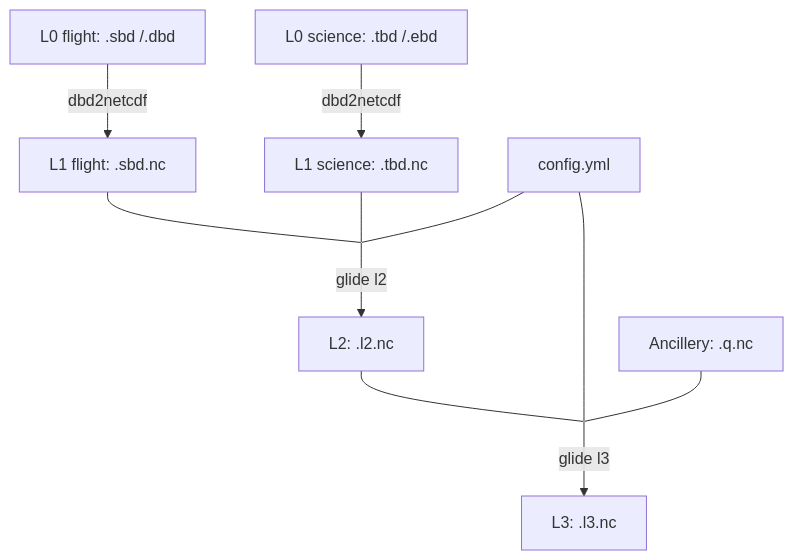
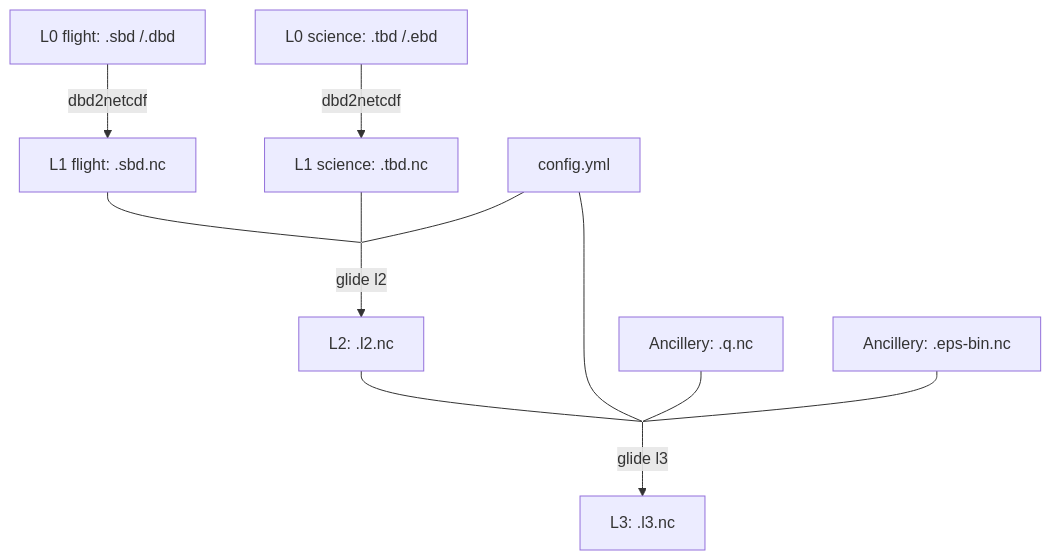
Before and after one commit to OSUGliders/glide: the diagram in README.md, drawn with Mermaid. The commit also changed other lines of this file and 11 other files, not shown here.

````diff
--- a/README.md
+++ b/README.md
@@ -36,15 +36,16 @@
 ```mermaid
 flowchart TD;
     sbd[L0 flight: .sbd /.dbd] -->|dbd2netcdf| l1sbd[L1 flight: .sbd.nc];
     tbd[L0 science: .tbd /.ebd] -->|dbd2netcdf| l1tbd[L1 science: .tbd.nc];
     l1sbd --- C[ ]:::empty;
     l1tbd --- C;
     config[config.yml] --- C;
     C -->|glide l2| l2[L2: .l2.nc];
     l2 --- D[ ]:::empty;
     config --- D;
     q[Ancillery: .q.nc] --- D;
+    eps[Ancillery: .eps-bin.nc] --- D;
     D -->|glide l3| l3[L3: .l3.nc];
     
 classDef empty fill:none,stroke:none,color:transparent,width:1px,height:1px;
 ```
````
